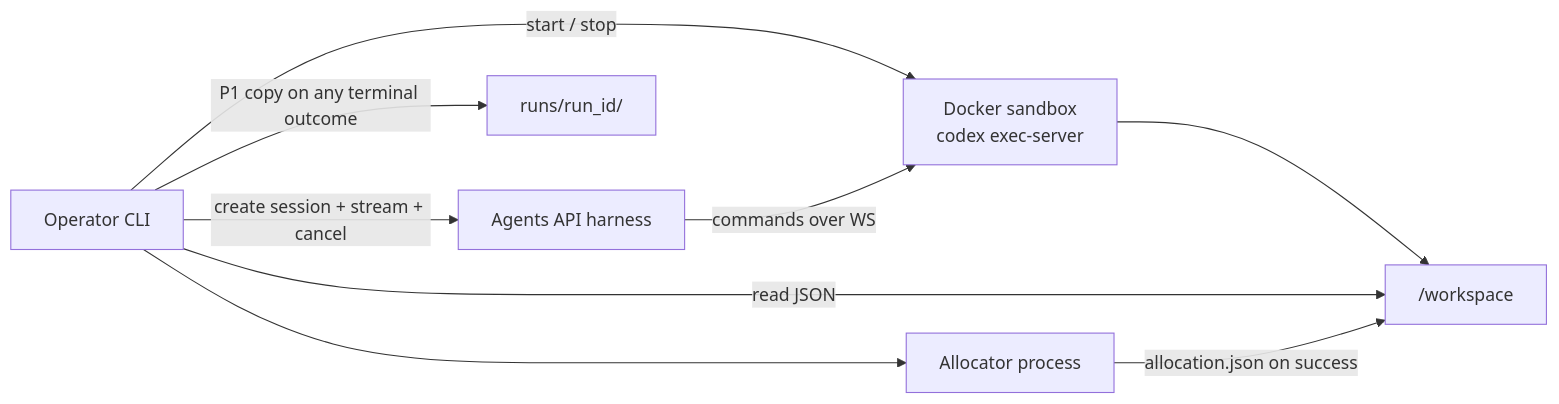
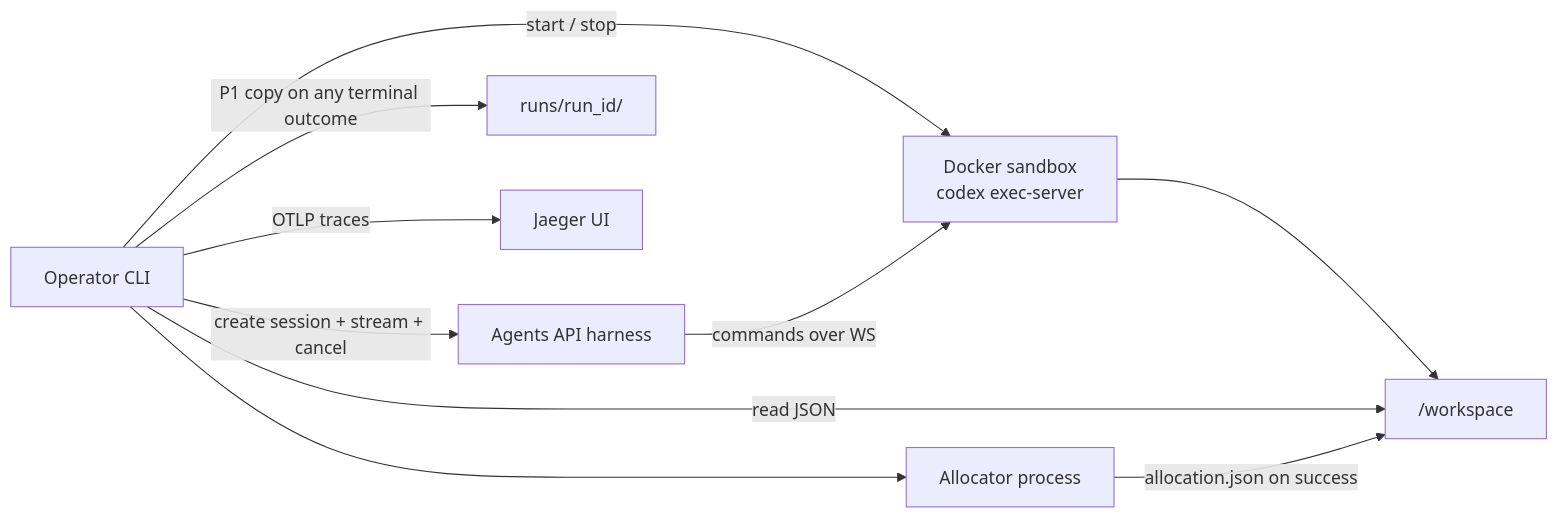
One commit to rishav91/openai-agents-harness changed the diagram in docs/ARCHITECTURE.md. Above: the diagram before and after it, drawn with Mermaid. The commit also changed other lines of this file and 2 other files, not shown here.

First line of the commit message:
Document OpenTelemetry and Jaeger as the inspect path for each run.

````diff
--- a/docs/ARCHITECTURE.md
+++ b/docs/ARCHITECTURE.md
@@ -17,17 +18,18 @@
 ```mermaid
 flowchart LR
   op[Operator CLI]
   api[Agents API harness]
   dock[Docker sandbox\ncodex exec-server]
   ws["/workspace"]
   alloc[Allocator process]
 
   op -->|create session + stream + cancel| api
   op -->|start / stop| dock
   api -->|commands over WS| dock
   dock --> ws
   op -->|read JSON| ws
   op --> alloc
   alloc -->|allocation.json on success| ws
   op -->|P1 copy on any terminal outcome| arch["runs/run_id/"]
+  op -->|OTLP traces| jaeger[Jaeger UI]
 ```
````
